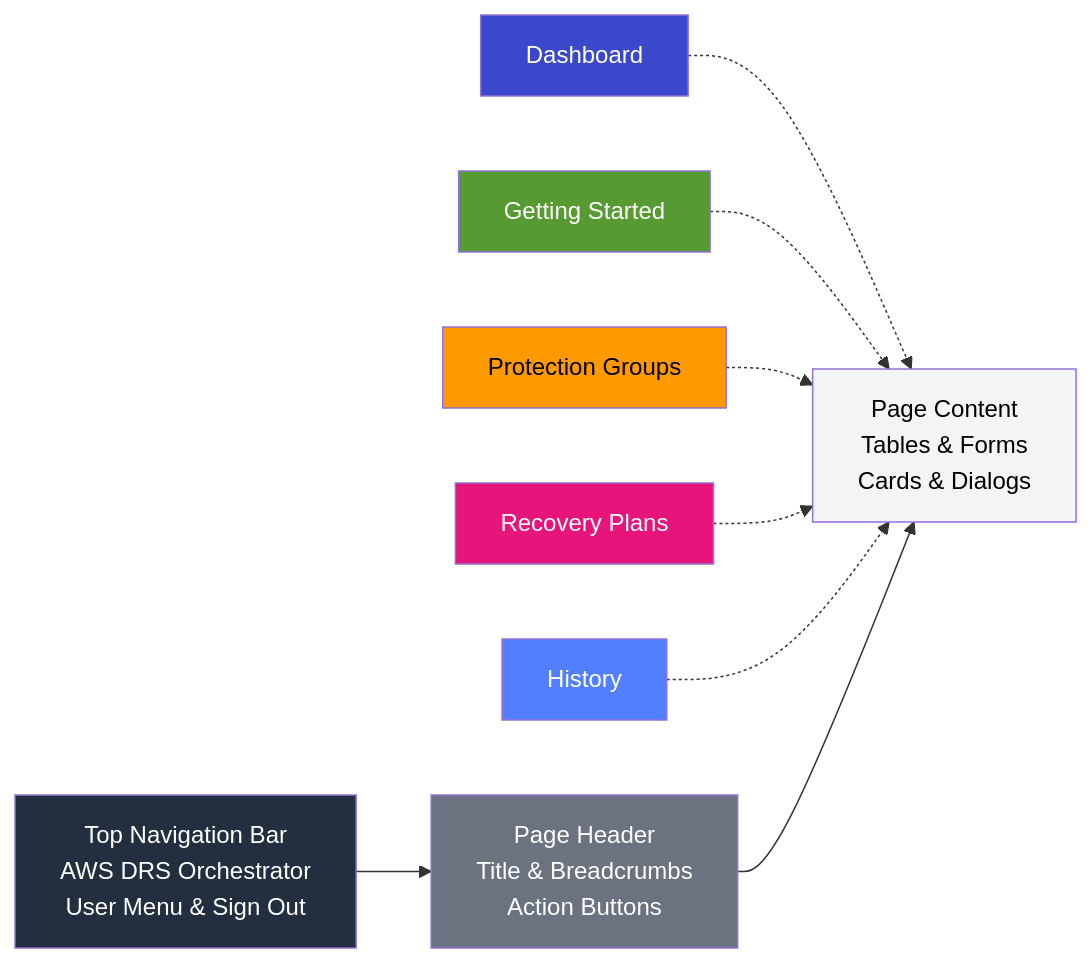
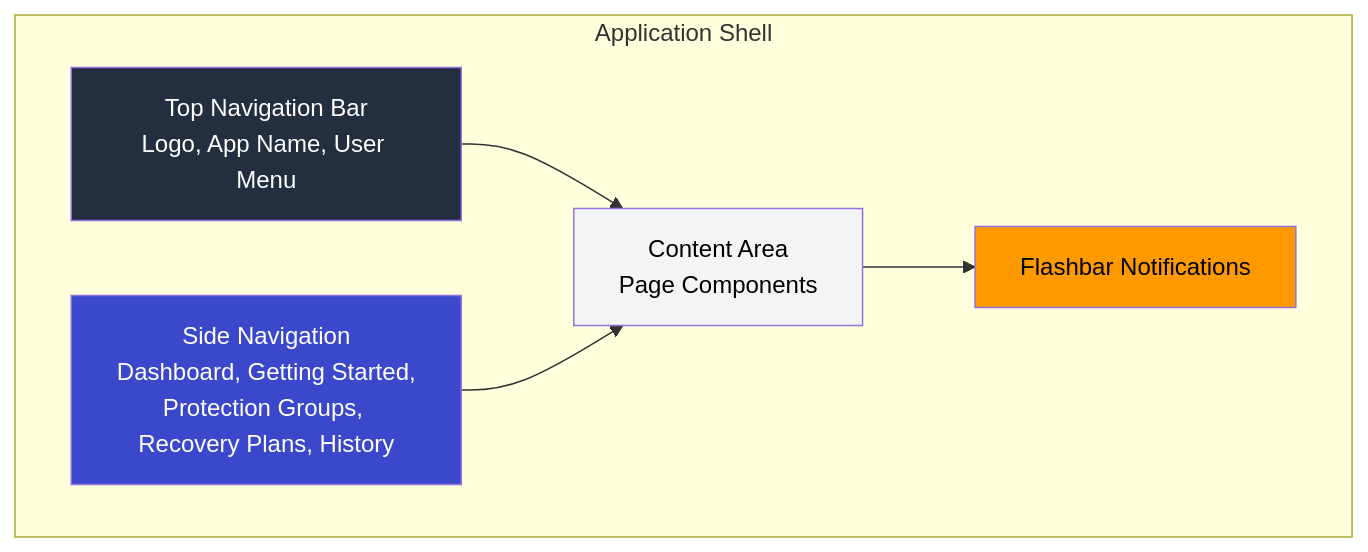
One commit to johnjcousens/aws-elasticdrs-orchestrator changed the first of 7 diagrams in docs/requirements/UX_UI_DESIGN_SPECIFICATIONS.md. Above: the diagram before and after it, drawn with Mermaid. The commit also changed other lines of this file and 16 other files, not shown here.

````diff
--- a/docs/requirements/UX_UI_DESIGN_SPECIFICATIONS.md
+++ b/docs/requirements/UX_UI_DESIGN_SPECIFICATIONS.md
@@ -15,30 +54,18 @@
 ```mermaid
-graph LR
-    TopNav["Top Navigation Bar<br/>AWS DRS Orchestrator<br/>User Menu & Sign Out"]
+flowchart TB
+    subgraph AppShell ["Application Shell"]
+        TopNav["Top Navigation Bar<br/>Logo, App Name, User Menu"]
+        SideNav["Side Navigation<br/>Dashboard, Getting Started,<br/>Protection Groups, Recovery Plans, History"]
+        Content["Content Area<br/>Page Components"]
+        Notifications["Flashbar Notifications"]
+    end
     
-    Nav1["Dashboard"]
-    Nav2["Getting Started"]
-    Nav3["Protection Groups"]
-    Nav4["Recovery Plans"]
-    Nav5["History"]
-    
-    Header["Page Header<br/>Title & Breadcrumbs<br/>Action Buttons"]
-    Content["Page Content<br/>Tables & Forms<br/>Cards & Dialogs"]
-    
-    TopNav --> Header
-    Nav1 -.-> Content
-    Nav2 -.-> Content
-    Nav3 -.-> Content
-    Nav4 -.-> Content
-    Nav5 -.-> Content
-    Header --> Content
+    TopNav --> Content
+    SideNav --> Content
+    Content --> Notifications
     
     style TopNav fill:#232F3E,color:#fff
-    style Nav1 fill:#3B48CC,color:#fff
-    style Nav2 fill:#569A31,color:#fff
-    style Nav3 fill:#FF9900,color:#000
-    style Nav4 fill:#E7157B,color:#fff
-    style Nav5 fill:#527FFF,color:#fff
-    style Header fill:#6B7280,color:#fff
+    style SideNav fill:#3B48CC,color:#fff
     style Content fill:#F3F4F6,color:#000
+    style Notifications fill:#FF9900,color:#000
 ```
````
